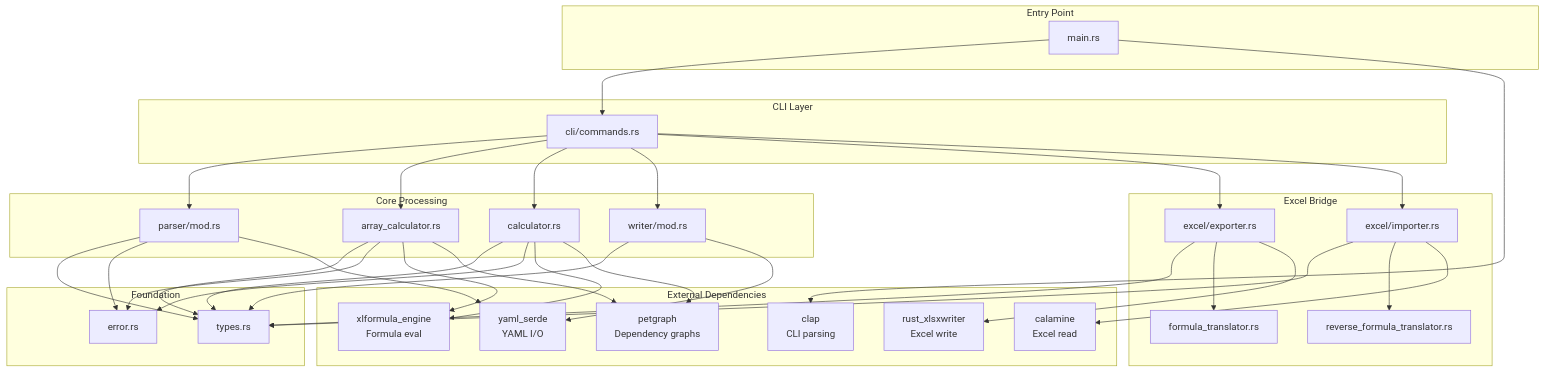
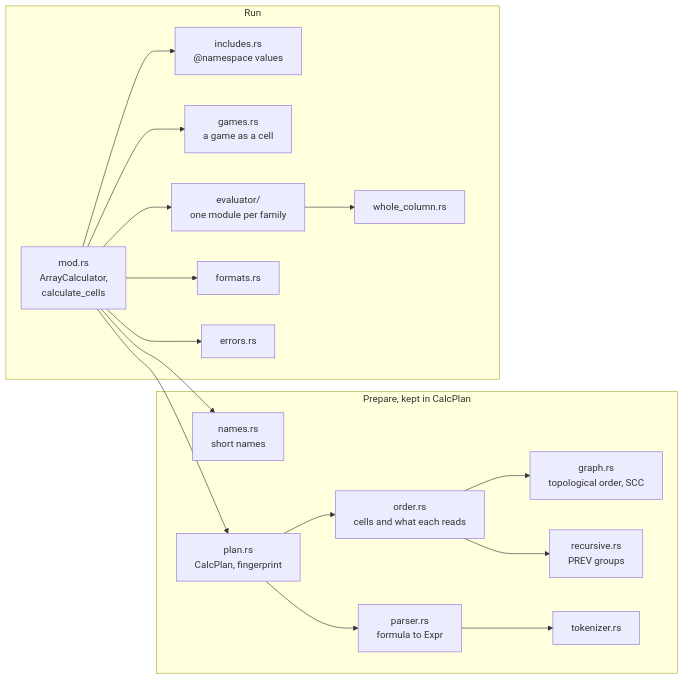
One commit to mollendorff-ai/forge changed the fourth of 4 diagrams in docs/architecture/01-COMPONENT-ARCHITECTURE.md. Above: the diagram before and after it, drawn with Mermaid. The commit also changed other lines of this file and 29 other files, not shown here.

First line of the commit message:
Rewrite the architecture docs from the code, with diagrams and a check

````diff
--- a/docs/architecture/01-COMPONENT-ARCHITECTURE.md
+++ b/docs/architecture/01-COMPONENT-ARCHITECTURE.md
@@ -911,73 +133,32 @@
 ```mermaid
-graph TB
-    subgraph "Entry Point"
-        Main["main.rs"]
+flowchart LR
+    subgraph prepare["Prepare, kept in CalcPlan"]
+        order["order.rs<br/>cells and what each reads"]
+        graphrs["graph.rs<br/>topological order, SCC"]
+        recursive["recursive.rs<br/>PREV groups"]
+        names["names.rs<br/>short names"]
+        tokenizer["tokenizer.rs"]
+        fparser["parser.rs<br/>formula to Expr"]
+        plan["plan.rs<br/>CalcPlan, fingerprint"]
     end
-
-    subgraph "CLI Layer"
-        Commands["cli/commands.rs"]
+    subgraph run["Run"]
+        calcmod["mod.rs<br/>ArrayCalculator,<br/>calculate_cells"]
+        includes["includes.rs<br/>@namespace values"]
+        gamecell["games.rs<br/>a game as a cell"]
+        evaluator["evaluator/<br/>one module per family"]
+        whole["whole_column.rs"]
+        formats["formats.rs"]
+        errors["errors.rs"]
     end
-
-    subgraph "Core Processing"
-        Parser["parser/mod.rs"]
-        ArrayCalc["array_calculator.rs"]
-        ScalarCalc["calculator.rs"]
-        Writer["writer/mod.rs"]
-    end
-
-    subgraph "Excel Bridge"
-        Exporter["excel/exporter.rs"]
-        Importer["excel/importer.rs"]
-        FormulaT["formula_translator.rs"]
-        ReverseT["reverse_formula_translator.rs"]
-    end
-
-    subgraph "Foundation"
-        Types["types.rs"]
-        Error["error.rs"]
-    end
-
-    subgraph "External Dependencies"
-        Clap["clap<br/>CLI parsing"]
-        SerdeYAML["yaml_serde<br/>YAML I/O"]
-        XLFormula["xlformula_engine<br/>Formula eval"]
-        PetGraph["petgraph<br/>Dependency graphs"]
-        RustXLSX["rust_xlsxwriter<br/>Excel write"]
-        Calamine["calamine<br/>Excel read"]
-    end
-
-    Main --> Commands
-    Commands --> Parser
-    Commands --> ArrayCalc
-    Commands --> ScalarCalc
-    Commands --> Writer
-    Commands --> Exporter
-    Commands --> Importer
-
-    Parser --> Types
-    Parser --> Error
-    Parser --> SerdeYAML
-
-    ArrayCalc --> Types
-    ArrayCalc --> Error
-    ArrayCalc --> XLFormula
-    ArrayCalc --> PetGraph
-
-    ScalarCalc --> Types
-    ScalarCalc --> Error
-    ScalarCalc --> XLFormula
-    ScalarCalc --> PetGraph
-
-    Writer --> Types
-    Writer --> SerdeYAML
-
-    Exporter --> Types
-    Exporter --> FormulaT
-    Exporter --> RustXLSX
-
-    Importer --> Types
-    Importer --> ReverseT
-    Importer --> Calamine
-
-    Main --> Clap
+    calcmod --> plan
+    plan --> order --> graphrs
+    order --> recursive
+    calcmod --> names
+    plan --> fparser --> tokenizer
+    calcmod --> includes
+    calcmod --> gamecell
+    calcmod --> evaluator
+    evaluator --> whole
+    calcmod --> formats
+    calcmod --> errors
 ```
````
